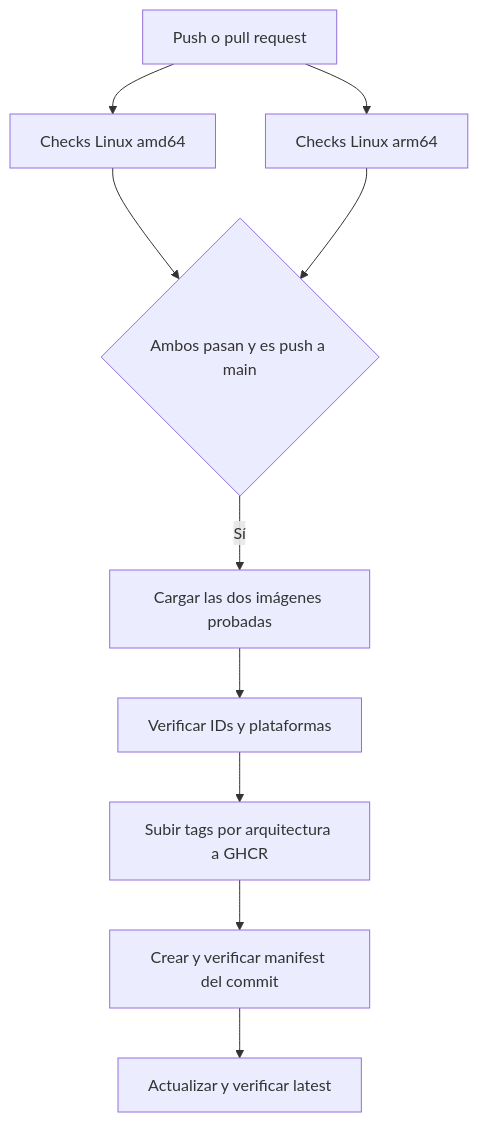
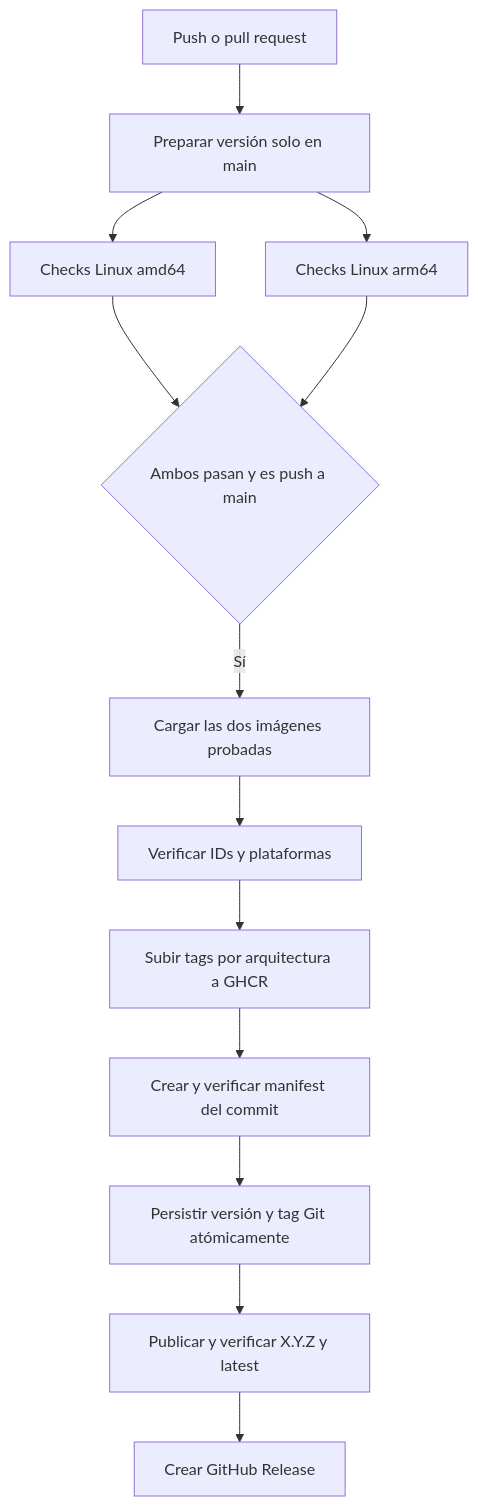
One commit to brunofelixns/mealie-mcp-server changed the diagram in docs/ci.md. Above: the diagram before and after it, drawn with Mermaid. The commit also changed other lines of this file and 10 other files, not shown here.

````diff
--- a/docs/ci.md
+++ b/docs/ci.md
@@ -11,12 +11,15 @@
 ```mermaid
 flowchart TD
-    P[Push o pull request] --> A[Checks Linux amd64]
-    P --> B[Checks Linux arm64]
+    P[Push o pull request] --> V[Preparar versión solo en main]
+    V --> A[Checks Linux amd64]
+    V --> B[Checks Linux arm64]
     A --> C{Ambos pasan y es push a main}
     B --> C
     C -->|Sí| D[Cargar las dos imágenes probadas]
     D --> E[Verificar IDs y plataformas]
     E --> F[Subir tags por arquitectura a GHCR]
     F --> G[Crear y verificar manifest del commit]
-    G --> H[Actualizar y verificar latest]
+    G --> H[Persistir versión y tag Git atómicamente]
+    H --> I[Publicar y verificar X.Y.Z y latest]
+    I --> J[Crear GitHub Release]
 ```
````
